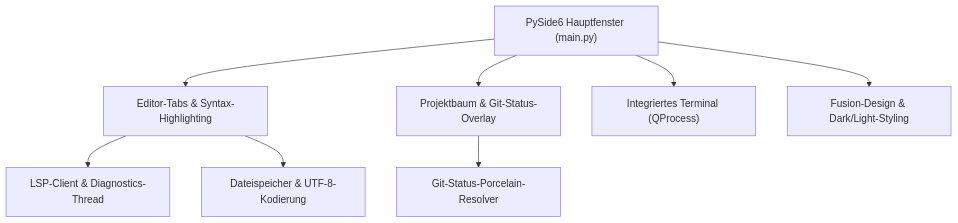
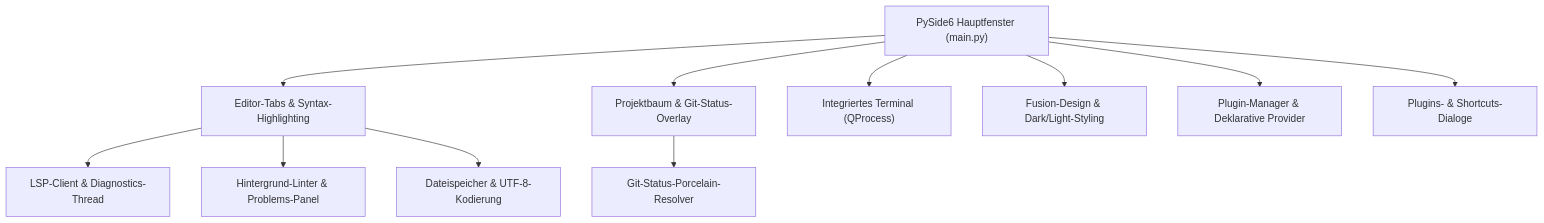
One commit to dev-bricks/CodeBox changed the diagram in README_de.md. Above: the diagram before and after it, drawn with Mermaid. The commit also changed other lines of this file and 31 other files, not shown here.

Commit message:
feat: complete phase 4 with plugin system, declarative language providers, shortcuts and plugins dialogs [G 2026-08-14]

````diff
--- a/README_de.md
+++ b/README_de.md
@@ -34,10 +37,13 @@
 ```mermaid
 graph TD
     UI["PySide6 Hauptfenster (main.py)"] --> Tabs["Editor-Tabs & Syntax-Highlighting"]
     UI --> Tree["Projektbaum & Git-Status-Overlay"]
     UI --> Term["Integriertes Terminal (QProcess)"]
     UI --> Theme["Fusion-Design & Dark/Light-Styling"]
+    UI --> Plugins["Plugin-Manager & Deklarative Provider"]
+    UI --> Dialogs["Plugins- & Shortcuts-Dialoge"]
     Tabs --> LSP["LSP-Client & Diagnostics-Thread"]
+    Tabs --> Linter["Hintergrund-Linter & Problems-Panel"]
     Tabs --> Storage["Dateispeicher & UTF-8-Kodierung"]
     Tree --> Git["Git-Status-Porcelain-Resolver"]
 ```
````
